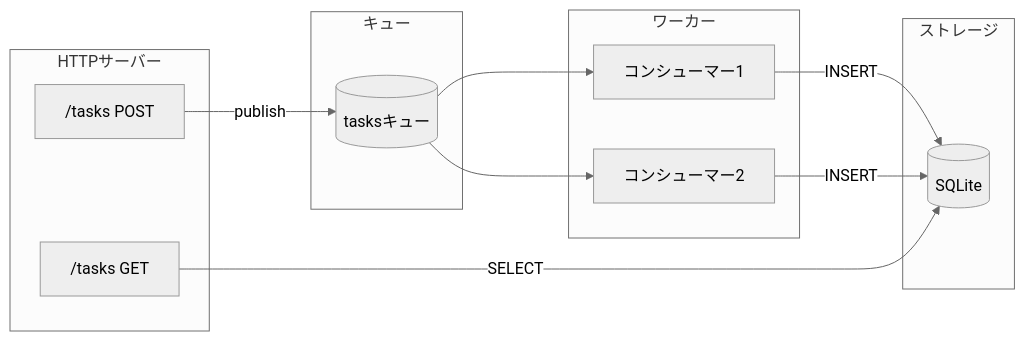
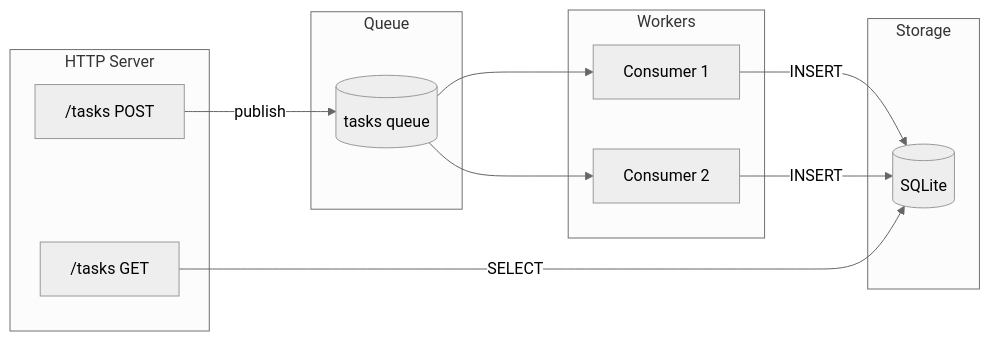
Before and after one commit to wippyai/docs: the diagram in ja/tutorials/task-queue.md, drawn with Mermaid (neutral theme). The commit also changed other lines of this file and 870 other files, not shown here.

````diff
--- a/ja/tutorials/task-queue.md
+++ b/ja/tutorials/task-queue.md
@@ -20,27 +23,27 @@
 ```mermaid
 flowchart LR
-    subgraph api["HTTPサーバー"]
+    subgraph api["HTTP Server"]
         POST["/tasks POST"]
         GET["/tasks GET"]
     end
 
-    subgraph queue["キュー"]
-        Q[("tasksキュー")]
+    subgraph queue["Queue"]
+        Q[("tasks queue")]
     end
 
-    subgraph workers["ワーカー"]
-        W1["コンシューマー1"]
-        W2["コンシューマー2"]
+    subgraph workers["Workers"]
+        W1["Consumer 1"]
+        W2["Consumer 2"]
     end
 
-    subgraph storage["ストレージ"]
+    subgraph storage["Storage"]
         DB[(SQLite)]
     end
 
     POST -->|publish| Q
     Q --> W1
     Q --> W2
     W1 -->|INSERT| DB
     W2 -->|INSERT| DB
     GET -->|SELECT| DB
 ```
````
